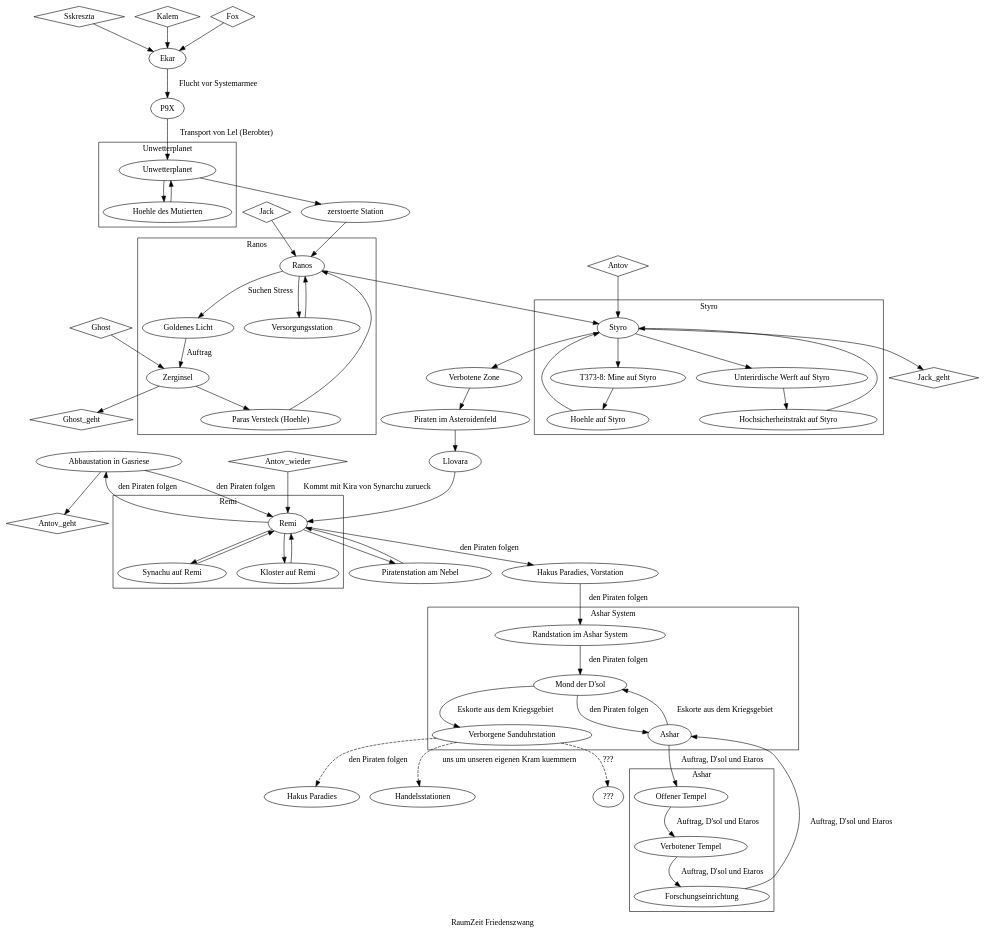
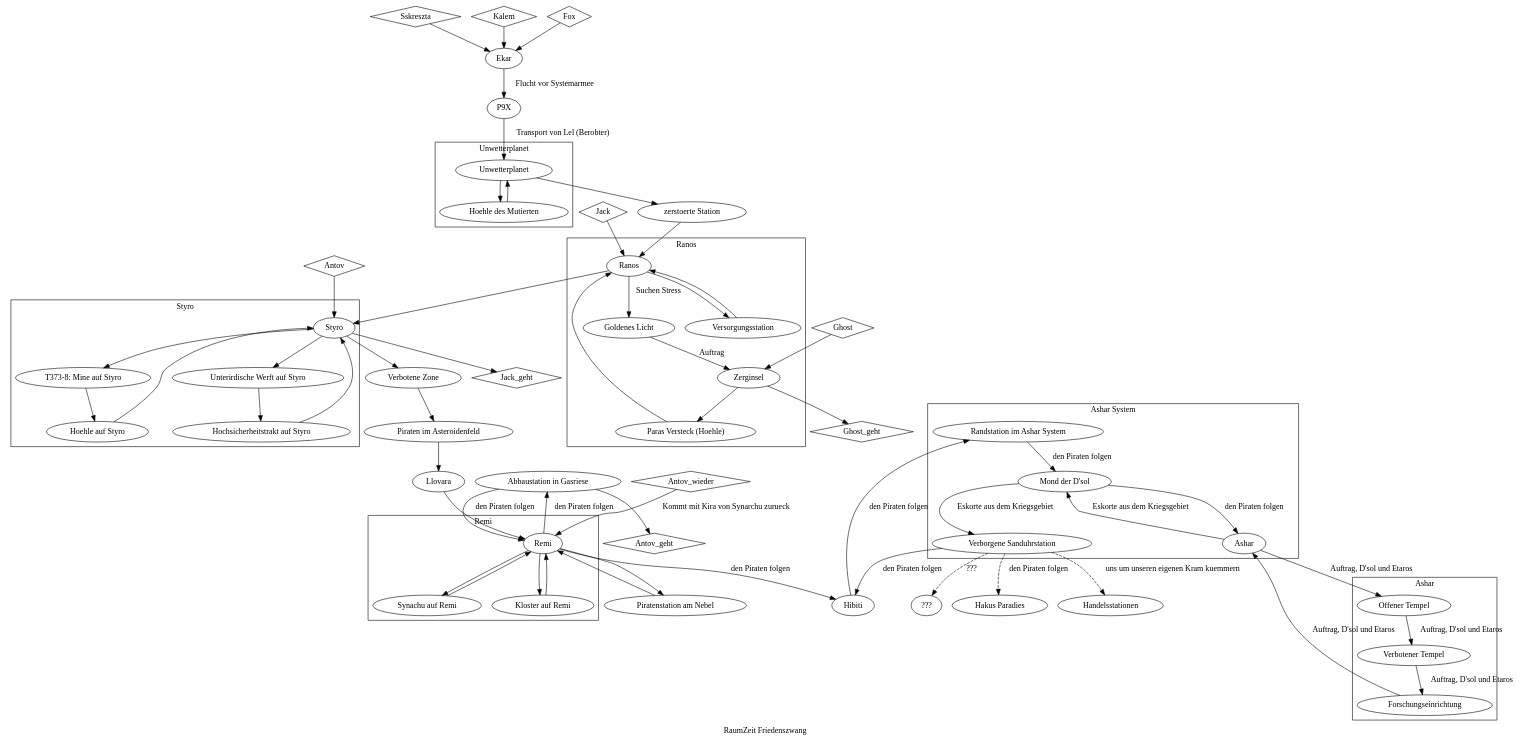
The diagram in RaumZeit/Charaktere/Sskreszta/stationen_unserer_reise.dot (vaibhav-gupt/Hg), drawn with Graphviz before and after one commit.

Commit message:
Stationen unserer Reise aktulisiert.

```diff
--- a/RaumZeit/Charaktere/Sskreszta/stationen_unserer_reise.dot
+++ b/RaumZeit/Charaktere/Sskreszta/stationen_unserer_reise.dot
@@ -1,87 +1,88 @@
 digraph G {
     name = "RaumZeit Friedenszwang"
     label = "RaumZeit Friedenszwang"
     // Personen
     node [shape="diamond"] Sskreszta; Kalem; Fox; Jack; Jack_geht; Ghost; Ghost_geht; Antov; Antov_geht; Antov_wieder
     
     node [shape=""]
     // dazugestoßen 
     Sskreszta -> Ekar
     Kalem -> Ekar
     Fox -> Ekar
     Jack -> Ranos
     Ghost -> Zerginsel 
     Antov -> Styro
     
     // verlassen
     Zerginsel -> Ghost_geht
     Styro -> Jack_geht
     "Abbaustation in Gasriese" -> Antov_geht
 
     // wiedergekommen
     edge [label="Kommt mit Kira von Synarchu zurueck"]
     Antov_wieder -> Remi
     
     // Der Weg
     edge [label="Flucht vor Systemarmee"] Ekar -> P9X 
     edge [label="Transport von Lel (Berobter)"] P9X -> Unwetterplanet
     edge [label=""]
     Unwetterplanet -> "zerstoerte Station" -> Ranos -> Styro -> "Verbotene Zone" -> "Piraten im Asteroidenfeld" -> Llovara -> Remi -> "Piratenstation am Nebel" -> Remi
 
     edge [label="den Piraten folgen"] Remi -> "Abbaustation in Gasriese" -> Remi
-    Remi -> "Hakus Paradies, Vorstation" -> "Randstation im Ashar System"
+    Remi -> "Hibiti" -> "Randstation im Ashar System"
 
     // Wie es weitergehen koennte. 
+    edge [label="den Piraten folgen"] "Verborgene Sanduhrstation" -> "Hibiti"
     edge [style="dashed"]
     edge [label="den Piraten folgen"] "Verborgene Sanduhrstation" -> "Hakus Paradies"
     edge [label="uns um unseren eigenen Kram kuemmern"] "Verborgene Sanduhrstation" -> "Handelsstationen"
     edge [label="???"] "Verborgene Sanduhrstation" -> "???"
     
     edge [label="" style=""]
     // Beschreibungen
         
         // Ereignisse auf dem Unwetterplaneten
         subgraph cluster0 {
             name = Unwetterplanet
             label = Unwetterplanet
             Unwetterplanet -> "Hoehle des Mutierten" -> Unwetterplanet
         }
         
         // Ereignisse in Ranos
         subgraph cluster1 {
             name = Ranos
             label = Ranos
             edge [label="Suchen Stress"]Ranos -> "Goldenes Licht"
             edge [label="Auftrag"] "Goldenes Licht" -> Zerginsel
             edge [label=""] Zerginsel -> "Paras Versteck (Hoehle)" -> Ranos -> Versorgungsstation -> Ranos
         }
         
         // Ereignisse in Styro
         subgraph cluster2 {
             name = Styro
             label = Styro
             Styro -> "T373-8: Mine auf Styro" ->  "Hoehle auf Styro" -> Styro -> "Unterirdische Werft auf Styro" -> "Hochsicherheitstrakt auf Styro" -> Styro 
         }
         
         // Ereignisse auf Remi
         subgraph cluster3 { 
             name = Remi
             label = Remi
             Remi -> "Synachu auf Remi" -> Remi -> "Kloster auf Remi" -> Remi
         }
 
         // Ereignisse bei Ashar
         subgraph cluster4 { 
             name = "Ashar System"
             label = "Ashar System"
             edge [label="den Piraten folgen"] "Randstation im Ashar System" -> "Mond der D'sol" -> "Ashar" 
             edge [label="Eskorte aus dem Kriegsgebiet"] Ashar -> "Mond der D'sol" -> "Verborgene Sanduhrstation"
         }
 
         // Ereignisse auf Ashar
         subgraph cluster5 { 
             name = "Ashar"
             label = "Ashar"
             edge [label="Auftrag, D'sol und Etaros"] Ashar -> "Offener Tempel" -> "Verbotener Tempel" -> Forschungseinrichtung -> Ashar
         }
 }
```
